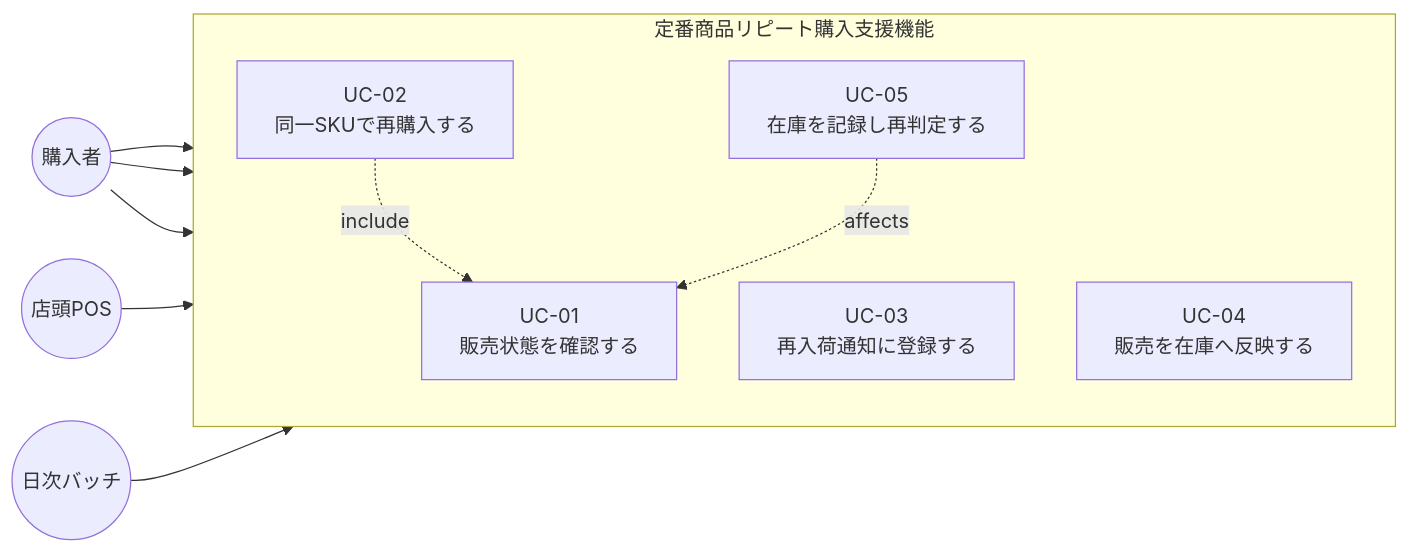
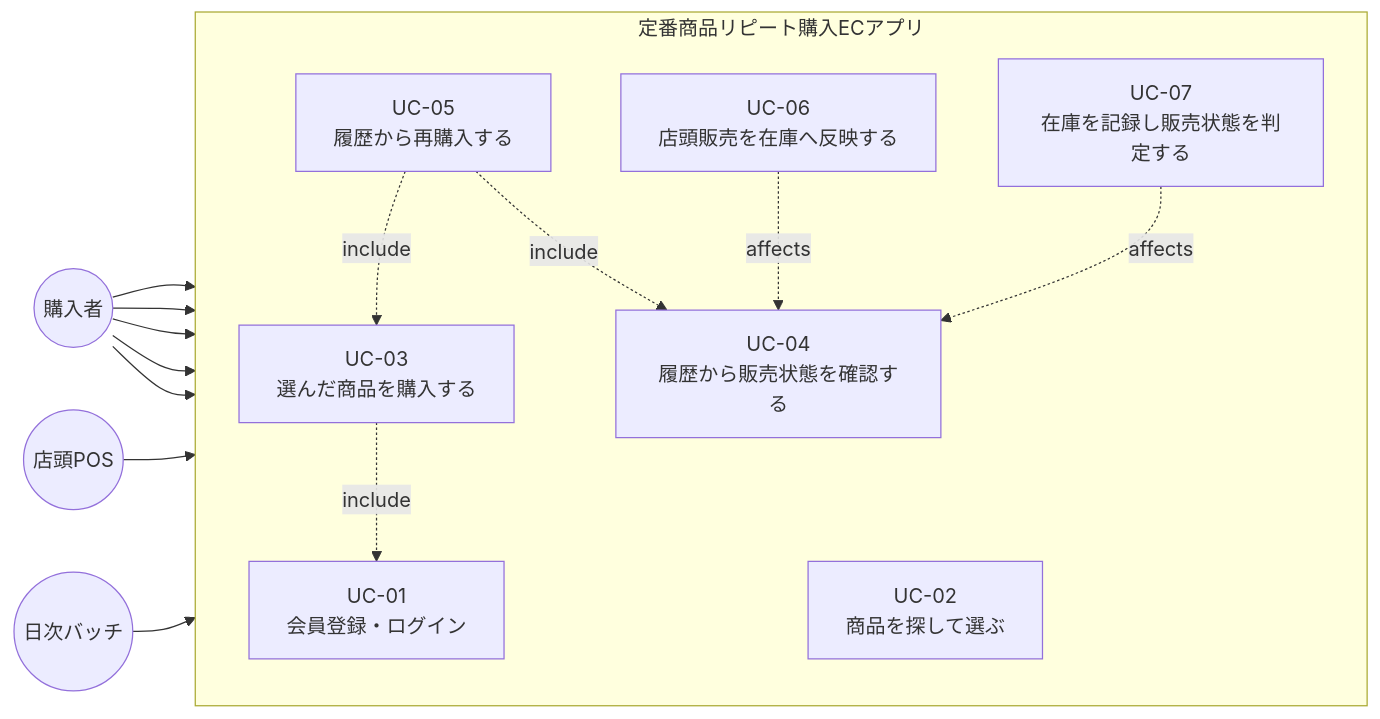
The second of 11 diagrams in 設計仕様書.md (Nagaoka122/tech0-lv3-ec), drawn with Mermaid before and after one commit. The commit also changed other lines of this file and 3 other files, not shown here.

````diff
--- a/設計仕様書.md
+++ b/設計仕様書.md
@@ -51,23 +62,30 @@
 ```mermaid
 flowchart LR
     C(("購入者"))
     P(("店頭POS"))
     B(("日次バッチ"))
 
-    subgraph SYS["定番商品リピート購入支援機能"]
+    subgraph SYS["定番商品リピート購入ECアプリ"]
         direction TB
-        UC1["UC-01<br/>販売状態を確認する"]
-        UC2["UC-02<br/>同一SKUで再購入する"]
-        UC3["UC-03<br/>再入荷通知に登録する"]
-        UC4["UC-04<br/>販売を在庫へ反映する"]
-        UC5["UC-05<br/>在庫を記録し再判定する"]
+        UC1["UC-01<br/>会員登録・ログイン"]
+        UC2["UC-02<br/>商品を探して選ぶ"]
+        UC3["UC-03<br/>選んだ商品を購入する"]
+        UC4["UC-04<br/>履歴から販売状態を確認する"]
+        UC5["UC-05<br/>履歴から再購入する"]
+        UC6["UC-06<br/>店頭販売を在庫へ反映する"]
+        UC7["UC-07<br/>在庫を記録し販売状態を判定する"]
     end
 
     C --> UC1
     C --> UC2
     C --> UC3
-    P --> UC4
-    B --> UC5
-    UC2 -.->|include| UC1
-    UC5 -.->|affects| UC1
+    C --> UC4
+    C --> UC5
+    P --> UC6
+    B --> UC7
+    UC3 -.->|include| UC1
+    UC5 -.->|include| UC4
+    UC5 -.->|include| UC3
+    UC6 -.->|affects| UC4
+    UC7 -.->|affects| UC4
 ```
````
